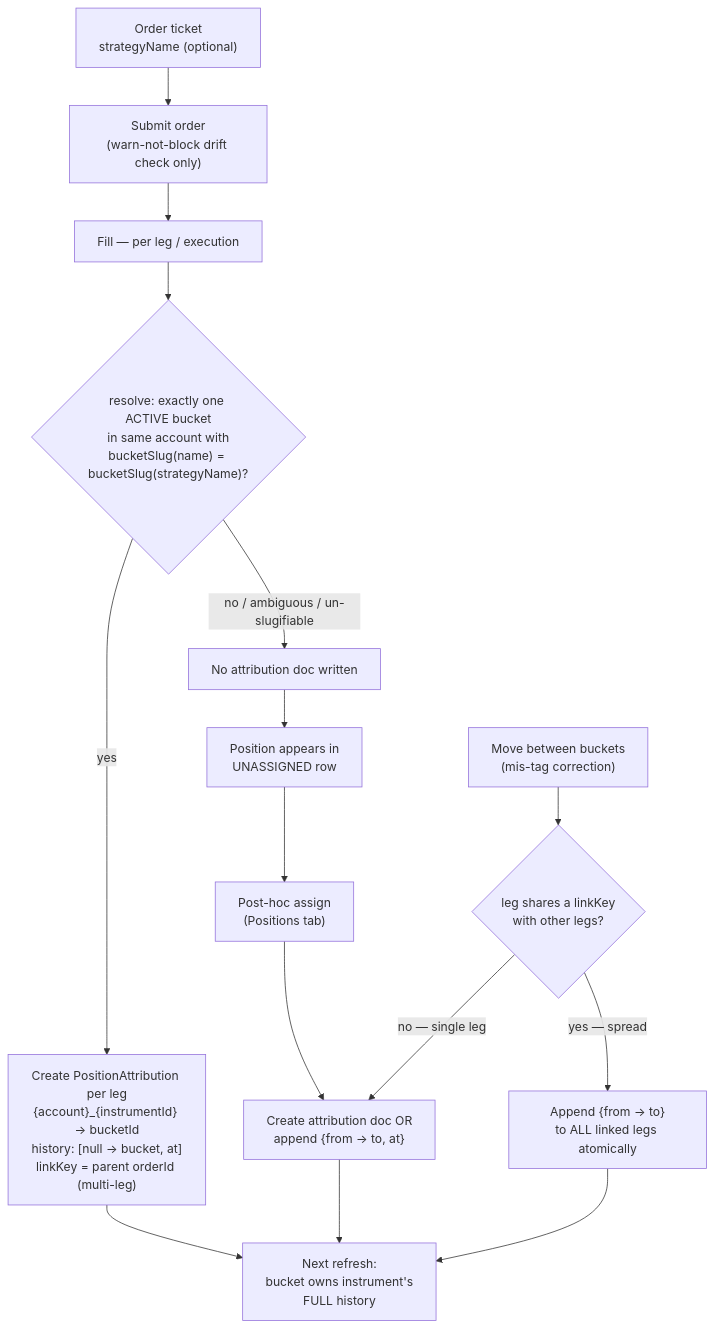
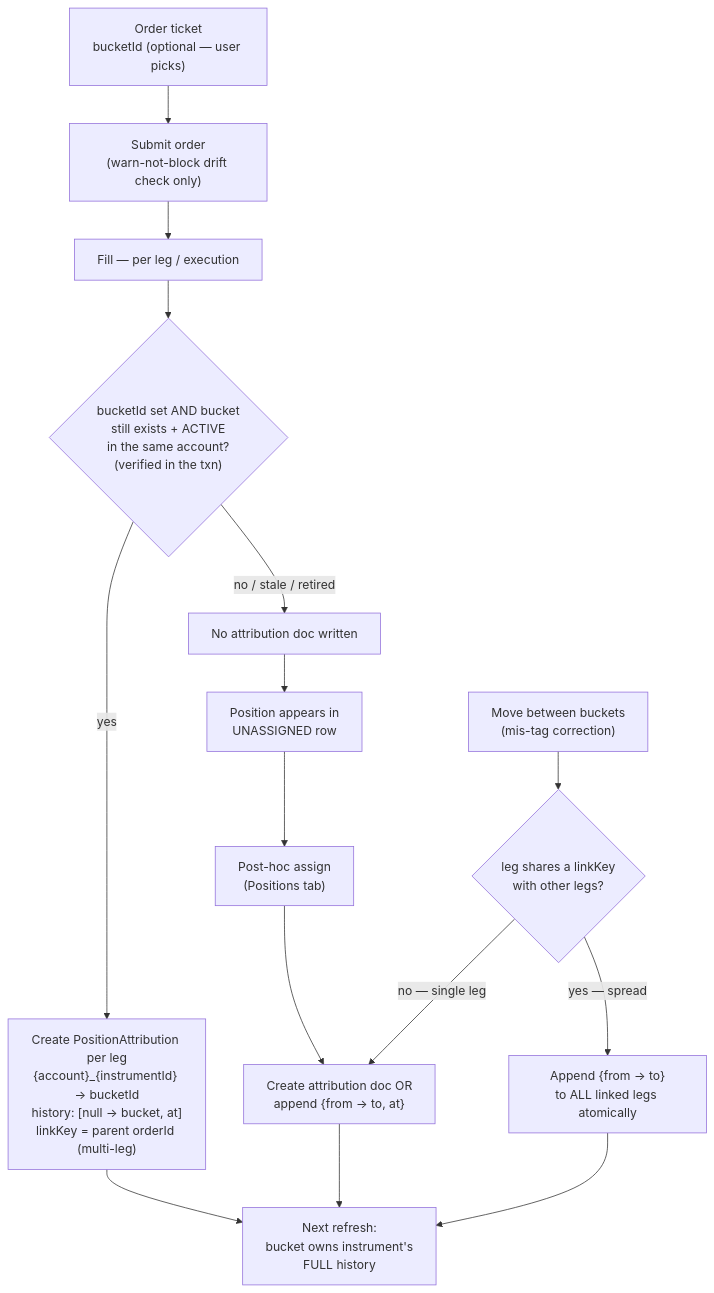
The diagram in docs/topics/576-portfolio/diagrams/2-attribution-lifecycle.mmd (rinebob/rel-str), drawn with Mermaid before and after one commit. The commit also changed 6 other files, not shown here.

First line of the commit message:
576-592_DOCS-PORTFOLIO: Order-ticket bucket attribution — docs + review + UAT

```diff
--- a/docs/topics/576-portfolio/diagrams/2-attribution-lifecycle.mmd
+++ b/docs/topics/576-portfolio/diagrams/2-attribution-lifecycle.mmd
@@ -1,15 +1,15 @@
 flowchart TD
-    T["Order ticket<br/>strategyName (optional)"] --> SUB["Submit order<br/>(warn-not-block drift check only)"]
+    T["Order ticket<br/>bucketId (optional — user picks)"] --> SUB["Submit order<br/>(warn-not-block drift check only)"]
     SUB --> FILL["Fill — per leg / execution"]
-    FILL --> RES{"resolve: exactly one ACTIVE bucket<br/>in same account with<br/>bucketSlug(name) = bucketSlug(strategyName)?"}
+    FILL --> RES{"bucketId set AND bucket<br/>still exists + ACTIVE<br/>in the same account?<br/>(verified in the txn)"}
     RES -->|"yes"| SEED["Create PositionAttribution per leg<br/>{account}_{instrumentId} → bucketId<br/>history: [null → bucket, at]<br/>linkKey = parent orderId (multi-leg)"]
-    RES -->|"no / ambiguous / un-slugifiable"| NONE["No attribution doc written"]
+    RES -->|"no / stale / retired"| NONE["No attribution doc written"]
     NONE --> UNS["Position appears in<br/>UNASSIGNED row"]
     UNS --> POST["Post-hoc assign<br/>(Positions tab)"]
     POST --> EVT["Create attribution doc OR<br/>append {from → to, at}"]
     SEED --> STATS["Next refresh:<br/>bucket owns instrument's<br/>FULL history"]
     EVT --> STATS
     MOVE["Move between buckets<br/>(mis-tag correction)"] --> ATOMIC{"leg shares a linkKey<br/>with other legs?"}
     ATOMIC -->|"yes — spread"| EVTALL["Append {from → to}<br/>to ALL linked legs atomically"]
     ATOMIC -->|"no — single leg"| EVT
     EVTALL --> STATS
```
